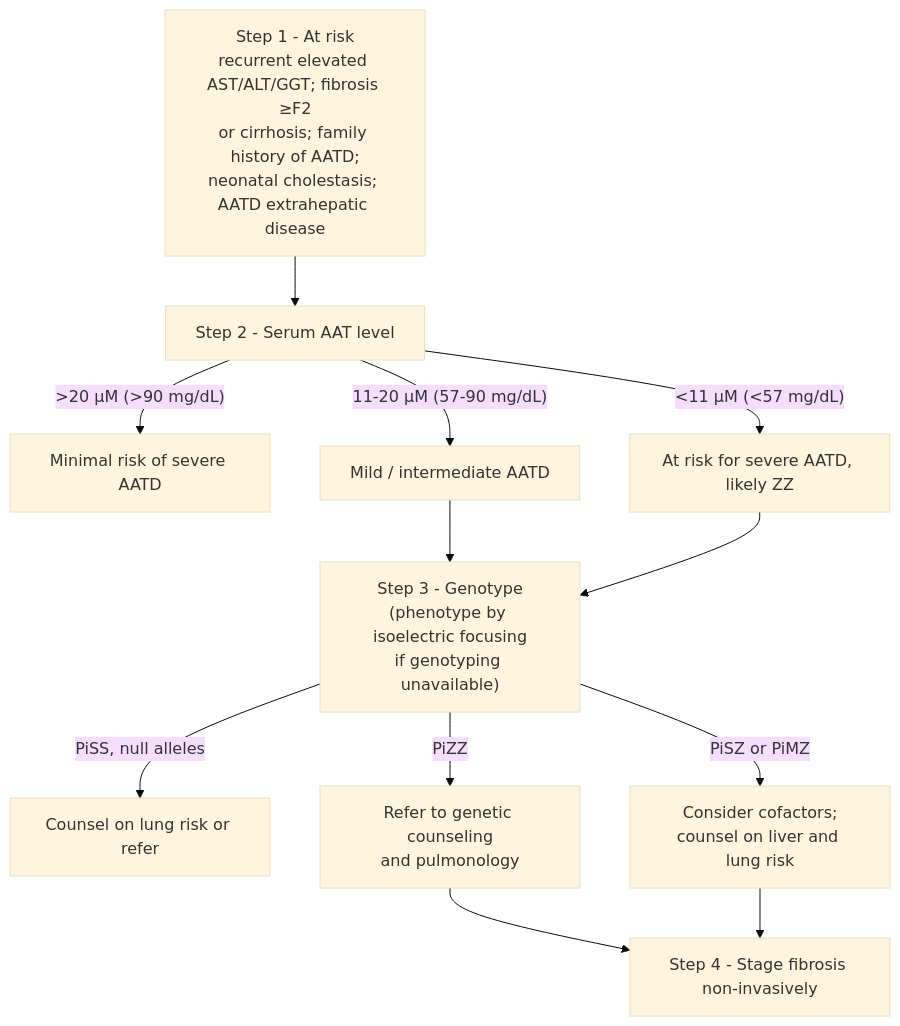
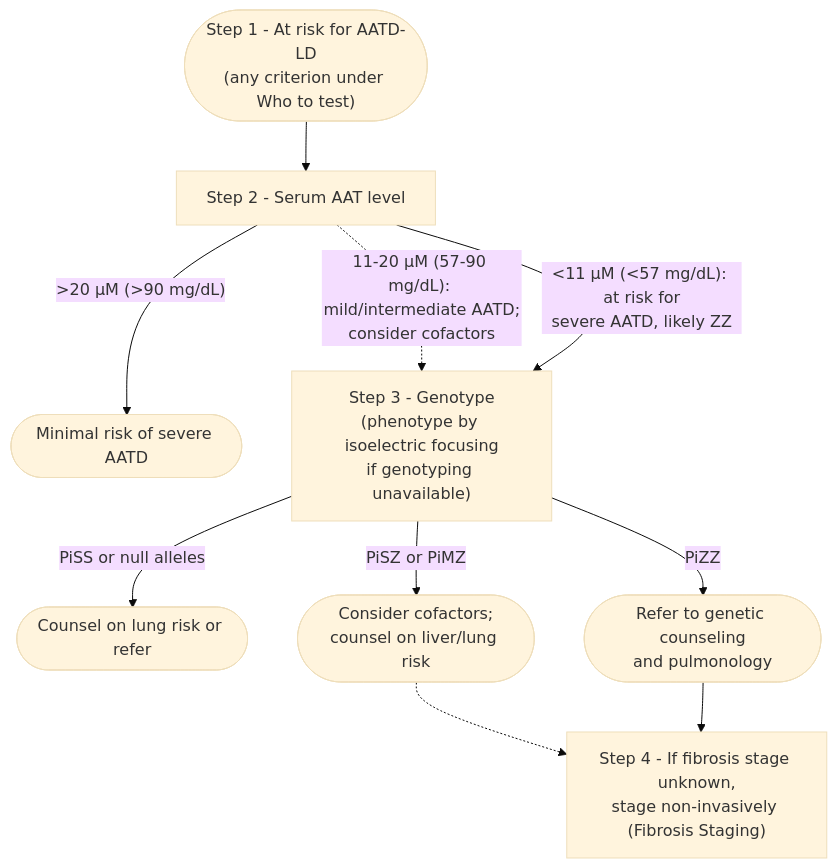
One commit to KHNickLeMD/KHNL-GI-Wiki changed the diagram in KHNL-GI-Wiki/wiki/1-disease-scripts/hepatology-diseases/alpha-1-antitrypsin-deficiency-liver-disease.md. Above: the diagram before and after it, drawn with Mermaid (base theme). The commit also changed other lines of this file and 28 other files, not shown here.

````diff
--- a/KHNL-GI-Wiki/wiki/1-disease-scripts/hepatology-diseases/alpha-1-antitrypsin-deficiency-liver-disease.md
+++ b/KHNL-GI-Wiki/wiki/1-disease-scripts/hepatology-diseases/alpha-1-antitrypsin-deficiency-liver-disease.md
@@ -92,14 +92,16 @@
 ```mermaid
 flowchart TD
-    A["Step 1 - At risk<br/>recurrent elevated AST/ALT/GGT; fibrosis &ge;F2<br/>or cirrhosis; family history of AATD;<br/>neonatal cholestasis; AATD extrahepatic disease"] --> B["Step 2 - Serum AAT level"]
-    B -->|"&gt;20 &micro;M (&gt;90 mg/dL)"| C["Minimal risk of severe AATD"]
-    B -->|"11-20 &micro;M (57-90 mg/dL)"| D["Mild / intermediate AATD"]
-    B -->|"&lt;11 &micro;M (&lt;57 mg/dL)"| E["At risk for severe AATD, likely ZZ"]
-    D --> F["Step 3 - Genotype<br/>(phenotype by isoelectric focusing<br/>if genotyping unavailable)"]
-    E --> F
-    F -->|"PiSS, null alleles"| G["Counsel on lung risk or refer"]
-    F -->|"PiSZ or PiMZ"| H["Consider cofactors;<br/>counsel on liver and lung risk"]
-    F -->|"PiZZ"| I["Refer to genetic counseling<br/>and pulmonology"]
-    I --> J["Step 4 - Stage fibrosis non-invasively"]
-    H --> J
+    A(["Step 1 - At risk for AATD-LD<br/>(any criterion under Who to test)"]) --> B["Step 2 - Serum AAT level"]
+    B -- "&gt;20 &micro;M (&gt;90 mg/dL)" --> C(["Minimal risk of severe AATD"])
+    B -. "11-20 &micro;M (57-90 mg/dL): mild/intermediate AATD;<br/>consider cofactors" .-> F["Step 3 - Genotype<br/>(phenotype by isoelectric focusing<br/>if genotyping unavailable)"]
+    B -- "&lt;11 &micro;M (&lt;57 mg/dL): at risk for<br/>severe AATD, likely ZZ" --> F
+    F -- "PiSS or null alleles" --> G(["Counsel on lung risk or refer"])
+    F -- "PiSZ or PiMZ" --> H(["Consider cofactors;<br/>counsel on liver/lung risk"])
+    F -- "PiZZ" --> I(["Refer to genetic counseling<br/>and pulmonology"])
+    H -.-> J["Step 4 - If fibrosis stage unknown,<br/>stage non-invasively (Fibrosis Staging)"]
+    I --> J
+    class A start
+    class B,F,J test
+    class G,H,I act
+    class C stop
 ```
````
